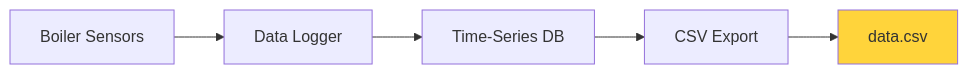
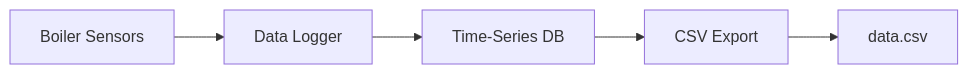
Before and after one commit to Divesh-Kshirsagar/BIMCS: the second of 4 diagrams in docs/ml-training.md, drawn with Mermaid. The commit also changed other lines of this file and 7 other files, not shown here.

Commit message:
refactor: remove unnecessary style definitions from documentation diagrams

````diff
--- a/docs/ml-training.md
+++ b/docs/ml-training.md
@@ -68,9 +65,9 @@
 ```mermaid
 graph LR
     A[Boiler Sensors] --> B[Data Logger]
     B --> C[Time-Series DB]
     C --> D[CSV Export]
     D --> E[data.csv]
     
-    style E fill:#ffd43b
+
 ```
````
